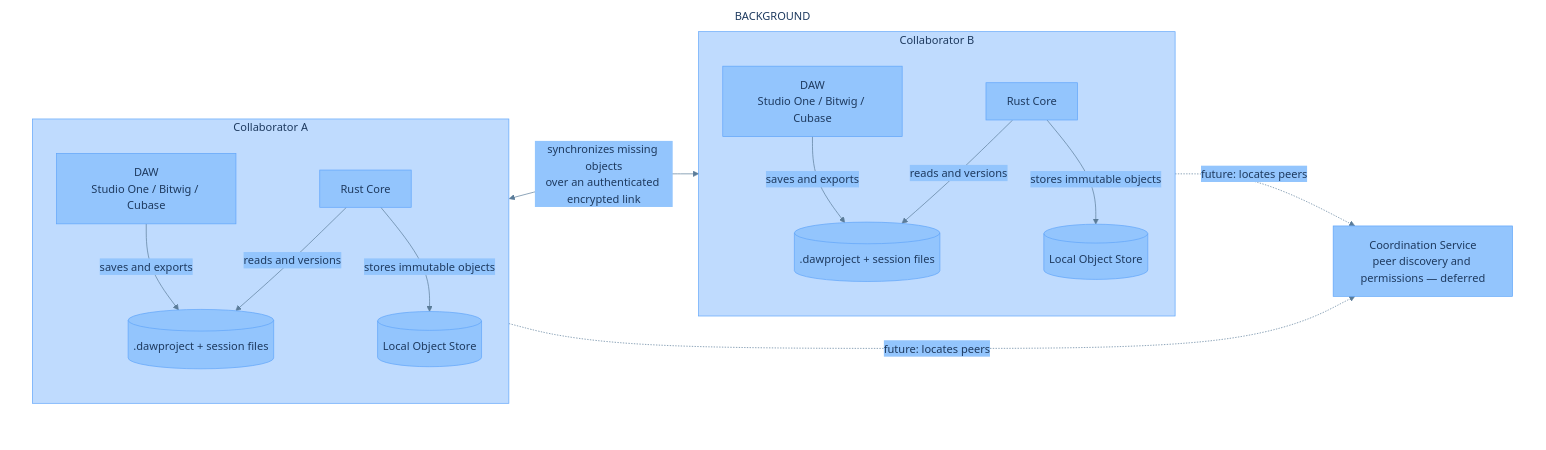
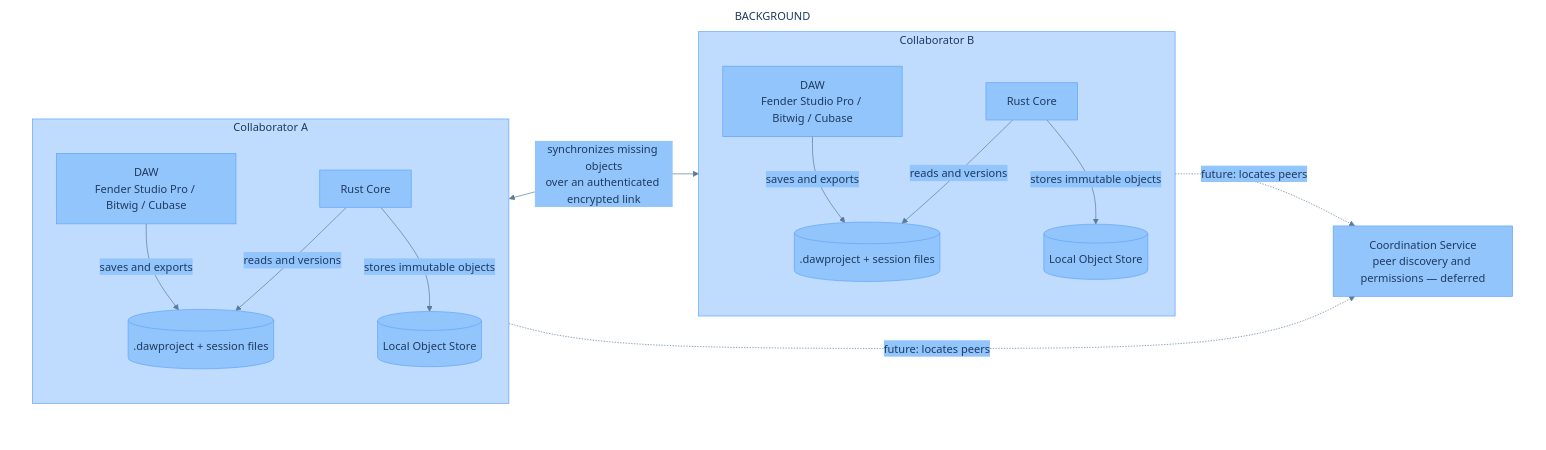
One commit to RandreasKristensen/dawgit changed the second of 5 diagrams in dawgit/.docs/ARCHITECTURE.md. Above: the diagram before and after it, drawn with Mermaid. The commit also changed other lines of this file and 4 other files, not shown here.

Commit message:
renamed Studio One to Fender Studio Pro

````diff
--- a/dawgit/.docs/ARCHITECTURE.md
+++ b/dawgit/.docs/ARCHITECTURE.md
@@ -293,42 +293,42 @@
 ```mermaid
 %%{init: {"theme":"base","themeVariables":{"background":"#ffffff","primaryColor":"#93c5fd","primaryTextColor":"#1e3a5f","primaryBorderColor":"#60a5fa","lineColor":"#5b7c99","secondaryColor":"#93c5fd","tertiaryColor":"#ffffff","clusterBkg":"#bfdbfe","clusterBorder":"#60a5fa","titleColor":"#1e3a5f","fontFamily":" sans-serif"}}}%%
 %% DAWgit — System Overview
 flowchart TB
 
     subgraph BACKGROUND
 
     subgraph CLIENT_A["Collaborator A"]
         direction TB
-        DAW_A["DAW<br/>Studio One / Bitwig / Cubase"]
+        DAW_A["DAW<br/>Fender Studio Pro / Bitwig / Cubase"]
         CORE_A["Rust Core"]
         FILES_A[(".dawproject + session files")]
         STORE_A[("Local Object Store")]
 
         DAW_A -->|"saves and exports"| FILES_A
         CORE_A -->|"reads and versions"| FILES_A
         CORE_A -->|"stores immutable objects"| STORE_A
     end
 
     subgraph CLIENT_B["Collaborator B"]
         direction TB
-        DAW_B["DAW<br/>Studio One / Bitwig / Cubase"]
+        DAW_B["DAW<br/>Fender Studio Pro / Bitwig / Cubase"]
         CORE_B["Rust Core"]
         FILES_B[(".dawproject + session files")]
         STORE_B[("Local Object Store")]
 
         DAW_B -->|"saves and exports"| FILES_B
         CORE_B -->|"reads and versions"| FILES_B
         CORE_B -->|"stores immutable objects"| STORE_B
     end
 
     COORD["Coordination Service<br/>peer discovery and permissions — deferred"]
 
     CORE_A <-->|"synchronizes missing objects<br/>over an authenticated encrypted link"| CORE_B
 
     CORE_A -.->|"future: locates peers"| COORD
     CORE_B -.->|"future: locates peers"| COORD
 
 
     end
     style BACKGROUND fill:#ffffff,stroke:#ffffff,stroke-width:1px
 ```
````
